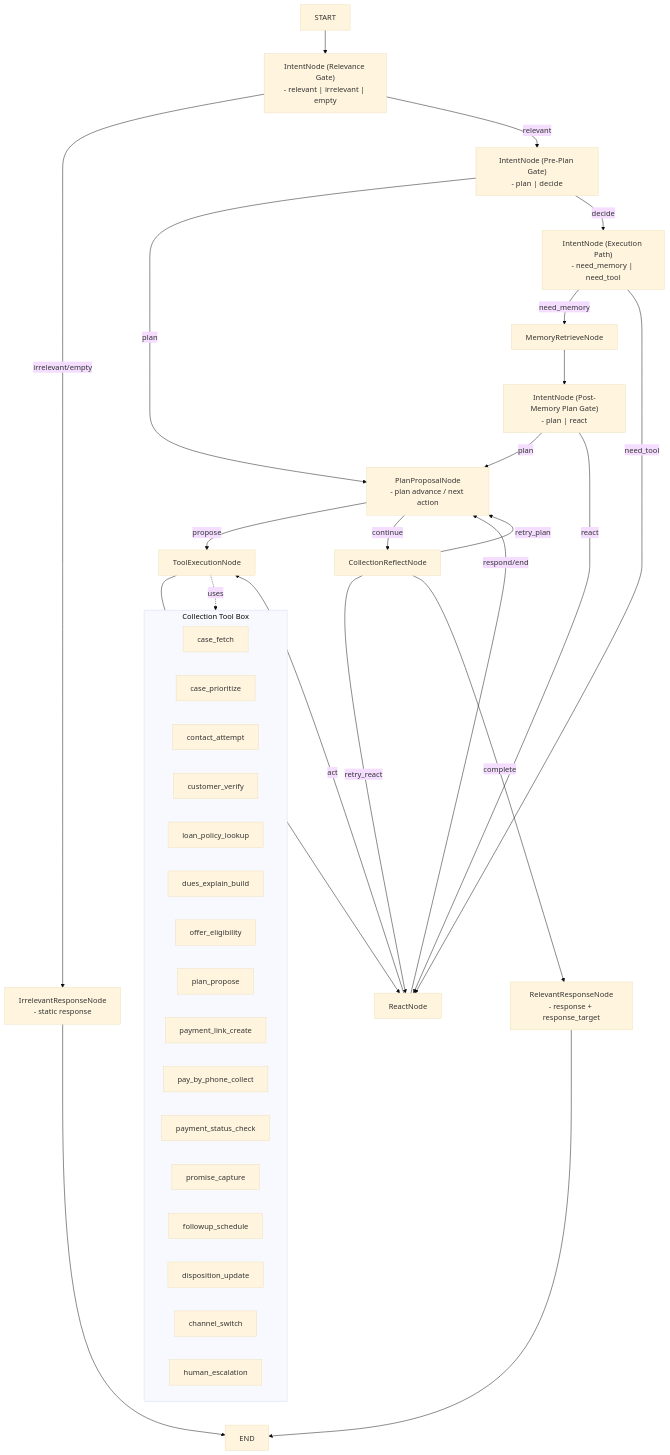
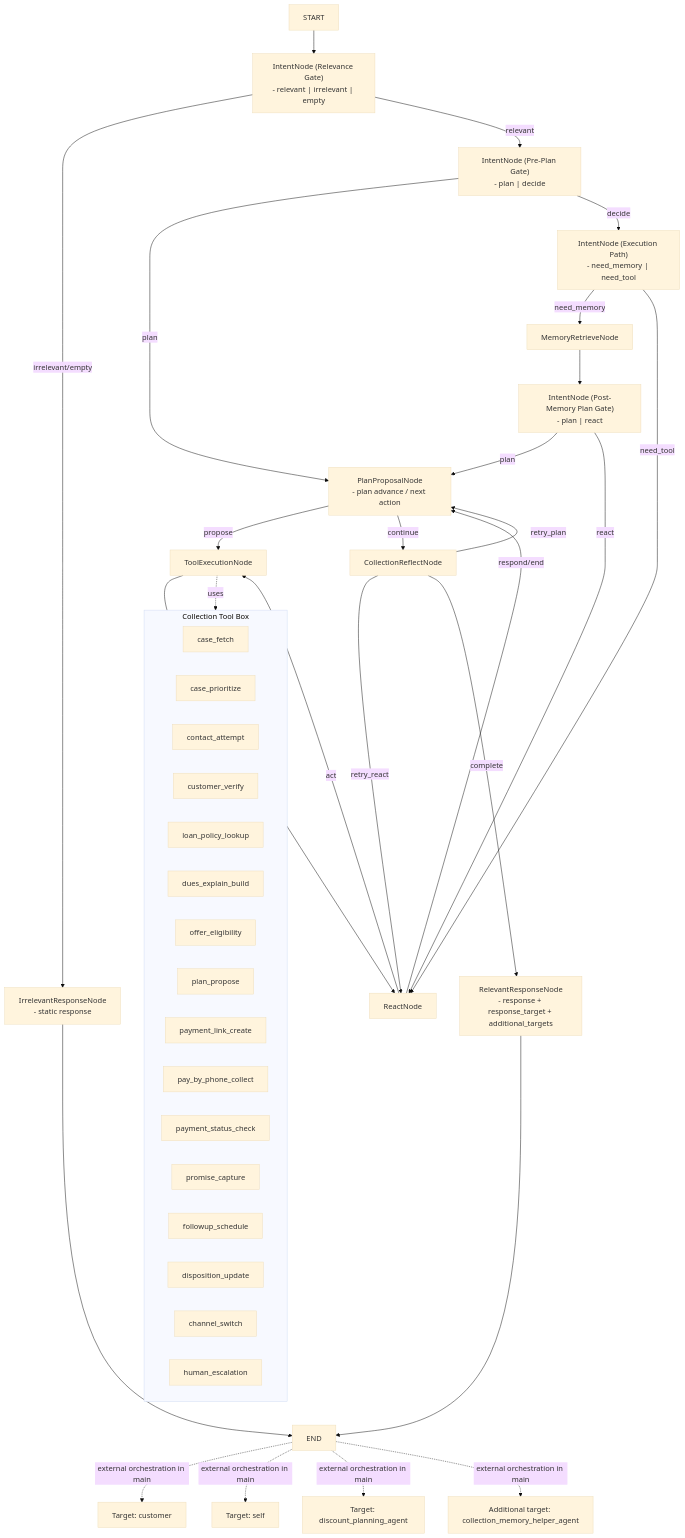
Before and after one commit to deep-saket/easy_agents: the diagram in agents/collection_agent/graph.mmd, drawn with Mermaid (base theme). The commit also changed 92 other files, not shown here.

Commit message:
Add memory helper agent flow and update collection orchestration artifacts

```diff
--- a/agents/collection_agent/graph.mmd
+++ b/agents/collection_agent/graph.mmd
@@ -1,47 +1,52 @@
 flowchart TD
   Start["START"] --> IN["IntentNode (Relevance Gate)\n- relevant | irrelevant | empty"]
   IN -->|irrelevant/empty| IR["IrrelevantResponseNode\n- static response"]
   IR --> End["END"]
 
   IN -->|relevant| PG["IntentNode (Pre-Plan Gate)\n- plan | decide"]
   PG -->|plan| PP["PlanProposalNode\n- plan advance / next action"]
   PG -->|decide| XP["IntentNode (Execution Path)\n- need_memory | need_tool"]
 
   XP -->|need_memory| MR["MemoryRetrieveNode"]
   MR --> PM["IntentNode (Post-Memory Plan Gate)\n- plan | react"]
   PM -->|plan| PP
   PM -->|react| RN["ReactNode"]
 
   XP -->|need_tool| RN
   RN -->|act| TE["ToolExecutionNode"]
   TE --> RN
   RN -->|respond/end| PP
 
   PP -->|propose| TE
   PP -->|continue| RF["CollectionReflectNode"]
 
   RF -->|retry_react| RN
   RF -->|retry_plan| PP
-  RF -->|complete| RR["RelevantResponseNode\n- response + response_target"]
+  RF -->|complete| RR["RelevantResponseNode\n- response + response_target + additional_targets"]
   RR --> End
+
+  End -.external orchestration in main.-> X1["Target: customer"]
+  End -.external orchestration in main.-> X2["Target: self"]
+  End -.external orchestration in main.-> X3["Target: discount_planning_agent"]
+  End -.external orchestration in main.-> X4["Additional target: collection_memory_helper_agent"]
 
   subgraph TBOX["Collection Tool Box"]
     T1["case_fetch"]
     T2["case_prioritize"]
     T3["contact_attempt"]
     T4["customer_verify"]
     T5["loan_policy_lookup"]
     T6["dues_explain_build"]
     T7["offer_eligibility"]
     T8["plan_propose"]
     T9["payment_link_create"]
     T10["pay_by_phone_collect"]
     T11["payment_status_check"]
     T12["promise_capture"]
     T13["followup_schedule"]
     T14["disposition_update"]
     T15["channel_switch"]
     T16["human_escalation"]
   end
 
   TE -.uses.-> TBOX
```
